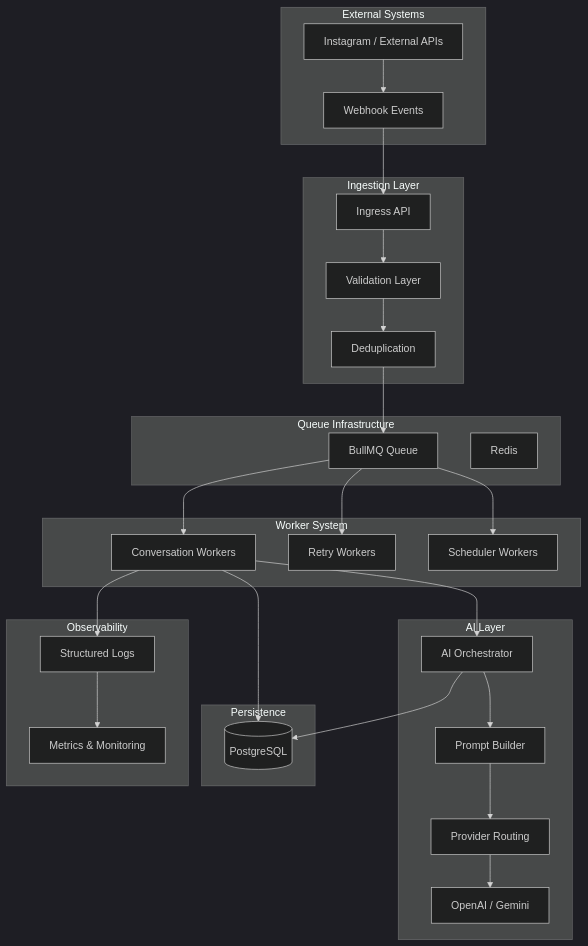
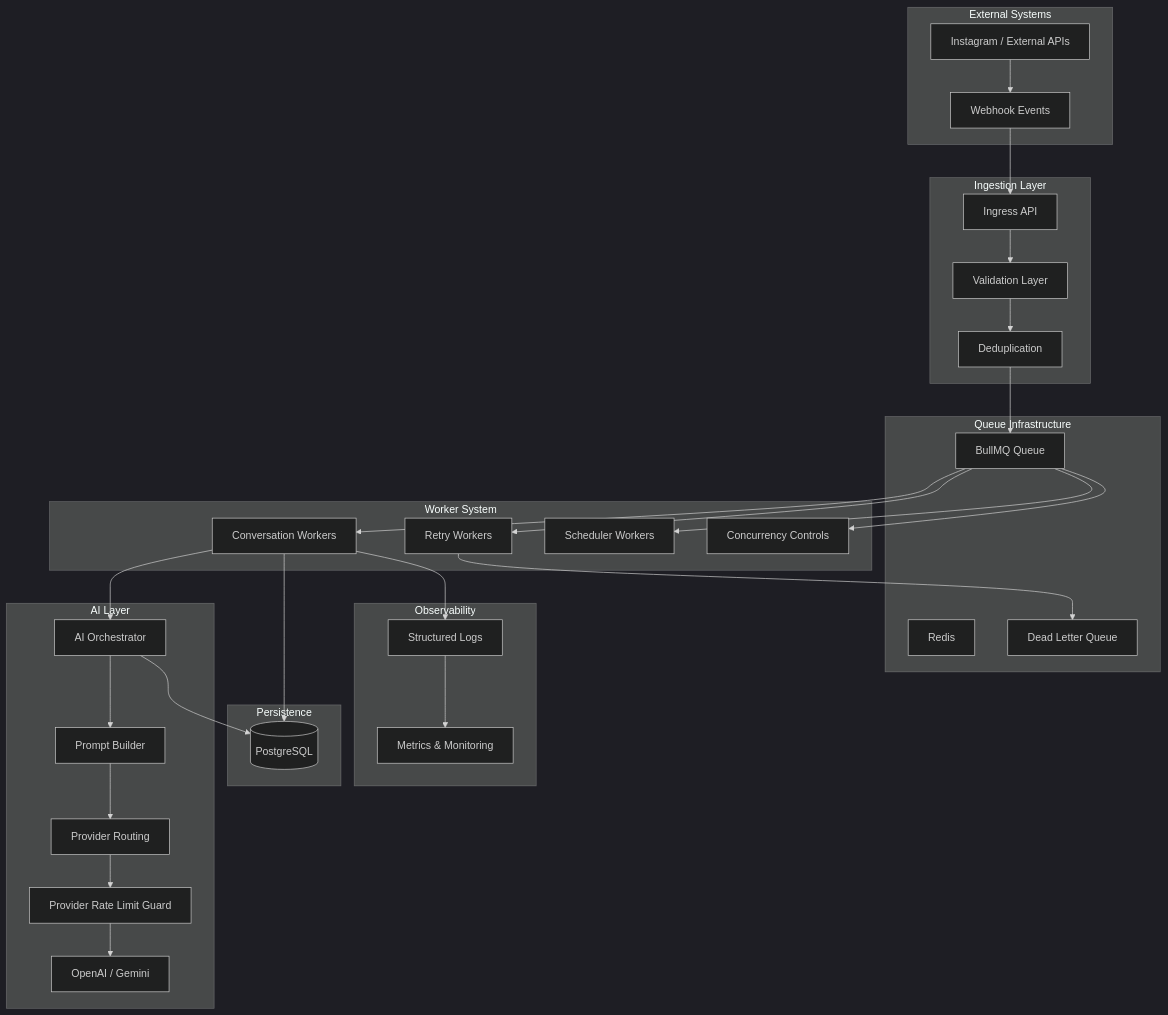
The diagram in diagrams/system-architecture.md (Ahsankhalid618/ai-automation-system-design), drawn with Mermaid (dark theme) before and after one commit. The commit also changed 9 other files, not shown here.

````diff
--- a/diagrams/system-architecture.md
+++ b/diagrams/system-architecture.md
@@ -3,62 +3,69 @@
 ```mermaid
 flowchart TD
 
 subgraph External Systems
 A[Instagram / External APIs]
 B[Webhook Events]
 end
 
 subgraph Ingestion Layer
 C[Ingress API]
 D[Validation Layer]
 E[Deduplication]
 end
 
 subgraph Queue Infrastructure
 F[BullMQ Queue]
 G[Redis]
+R[Dead Letter Queue]
 end
 
 subgraph Worker System
 H[Conversation Workers]
 I[Retry Workers]
 J[Scheduler Workers]
+S[Concurrency Controls]
 end
 
 subgraph AI Layer
 K[AI Orchestrator]
 L[Prompt Builder]
 M[Provider Routing]
 N[OpenAI / Gemini]
+T[Provider Rate Limit Guard]
 end
 
 subgraph Persistence
 O[(PostgreSQL)]
 end
 
 subgraph Observability
 P[Structured Logs]
 Q[Metrics & Monitoring]
 end
 
 A --> B
 B --> C
 C --> D
 D --> E
 E --> F
 
 F --> H
 F --> I
 F --> J
+F --> S
 
 H --> K
 K --> L
 L --> M
-M --> N
+M --> T
+T --> N
 
 H --> O
 K --> O
 
 H --> P
 P --> Q
+
+I --> R
 ```
````
